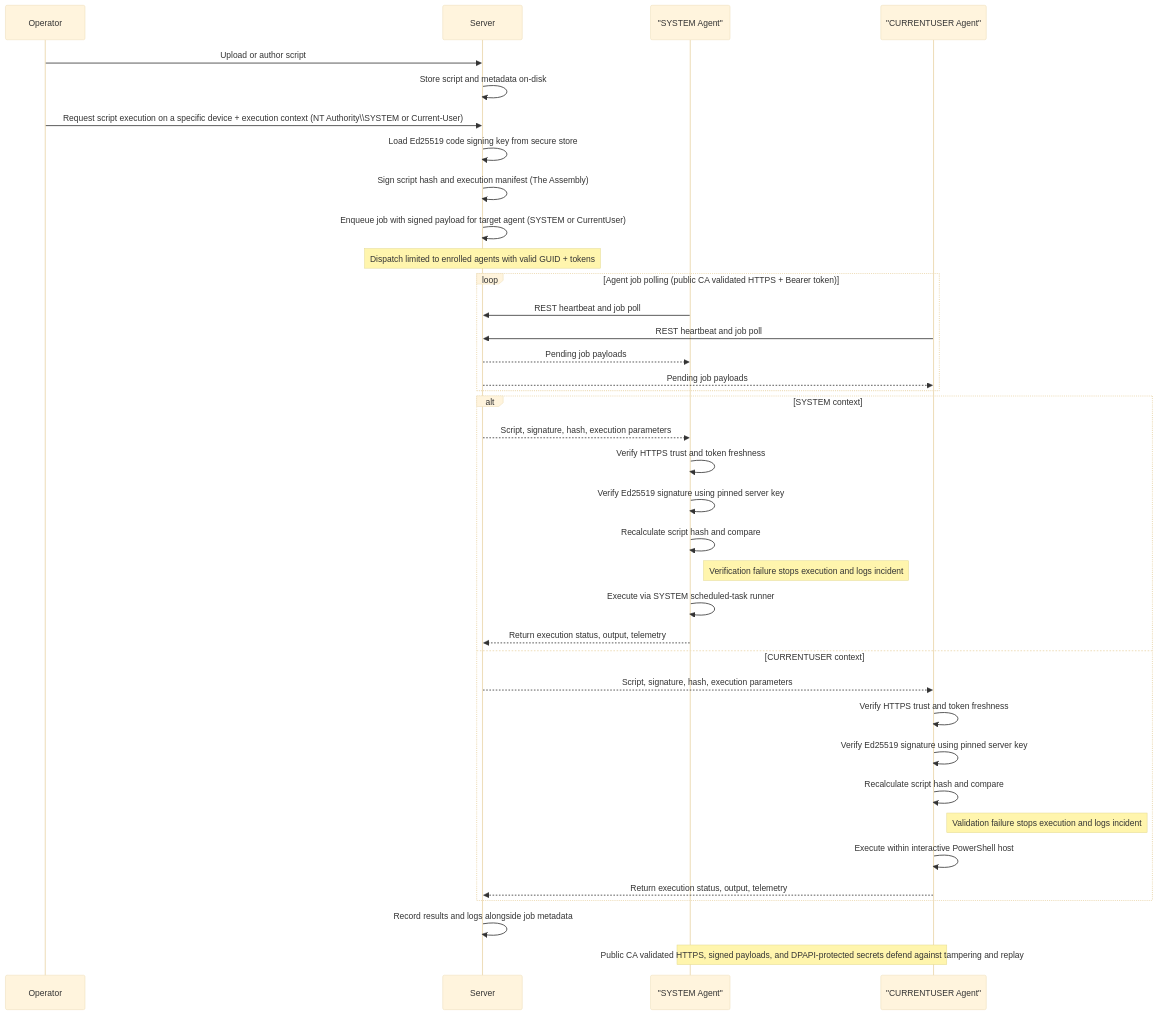
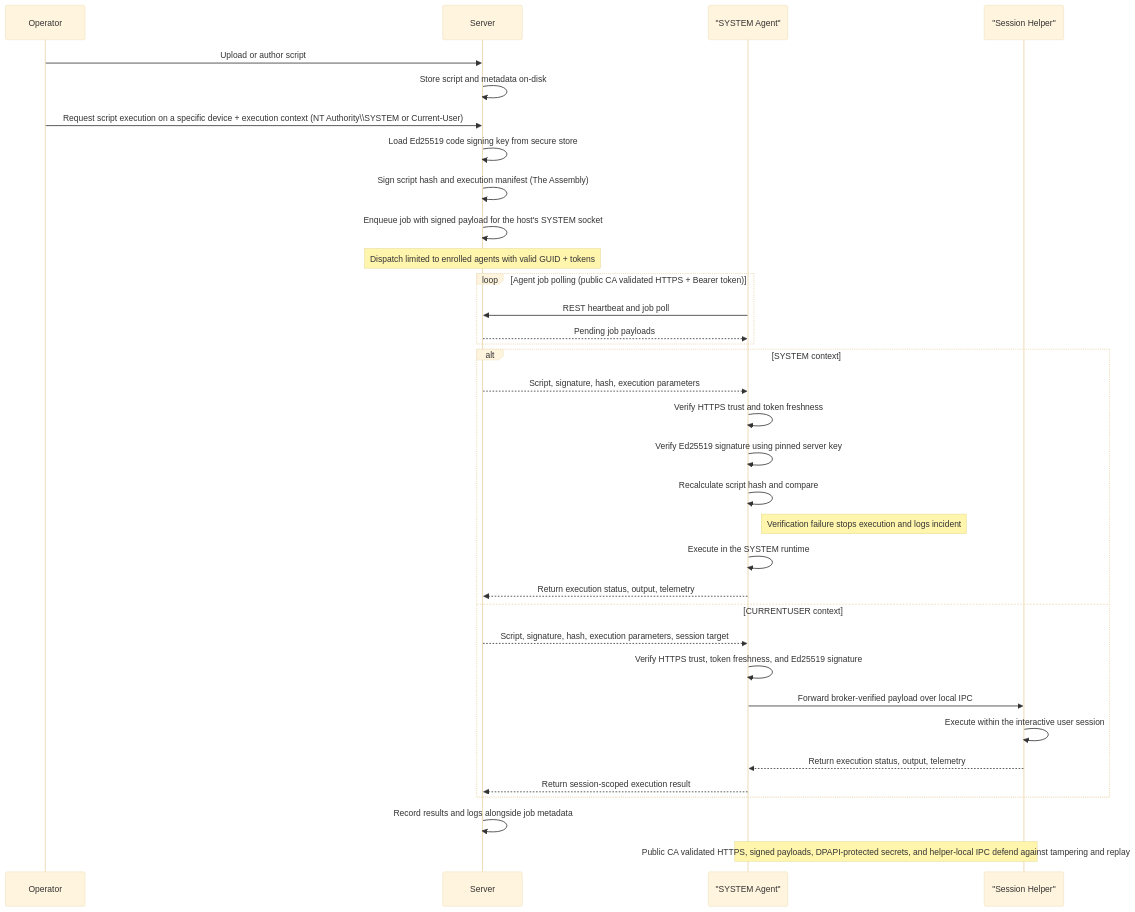
One commit to bunny-lab-io/Borealis changed the second of 2 diagrams in Docs/security-and-trust.md. Above: the diagram before and after it, drawn with Mermaid (base theme). The commit also changed other lines of this file and 34 other files, not shown here.

Commit message:
Agent Context Socket Consolidation

````diff
--- a/Docs/security-and-trust.md
+++ b/Docs/security-and-trust.md
@@ -153,45 +140,42 @@
 ```mermaid
 sequenceDiagram
     participant Operator
     participant Server
     participant SYS as "SYSTEM Agent"
-    participant CUR as "CURRENTUSER Agent"
+    participant HELPER as "Session Helper"
 
     Operator->>Server: Upload or author script
     Server->>Server: Store script and metadata on-disk
 
     Operator->>Server: Request script execution on a specific device + execution context (NT Authority\\SYSTEM or Current-User)
     Server->>Server: Load Ed25519 code signing key from secure store
     Server->>Server: Sign script hash and execution manifest (The Assembly)
 
-    Server->>Server: Enqueue job with signed payload for target agent (SYSTEM or CurrentUser)
+    Server->>Server: Enqueue job with signed payload for the host's SYSTEM socket
     Note over Server: Dispatch limited to enrolled agents with valid GUID + tokens
 
     loop Agent job polling (public CA validated HTTPS + Bearer token)
         SYS->>Server: REST heartbeat and job poll
-        CUR->>Server: REST heartbeat and job poll
         Server-->>SYS: Pending job payloads
-        Server-->>CUR: Pending job payloads
     end
 
     alt SYSTEM context
         Server-->>SYS: Script, signature, hash, execution parameters
         SYS->>SYS: Verify HTTPS trust and token freshness
         SYS->>SYS: Verify Ed25519 signature using pinned server key
         SYS->>SYS: Recalculate script hash and compare
         Note right of SYS: Verification failure stops execution and logs incident
-        SYS->>SYS: Execute via SYSTEM scheduled-task runner
+        SYS->>SYS: Execute in the SYSTEM runtime
         SYS-->>Server: Return execution status, output, telemetry
     else CURRENTUSER context
-        Server-->>CUR: Script, signature, hash, execution parameters
-        CUR->>CUR: Verify HTTPS trust and token freshness
-        CUR->>CUR: Verify Ed25519 signature using pinned server key
-        CUR->>CUR: Recalculate script hash and compare
-        Note right of CUR: Validation failure stops execution and logs incident
-        CUR->>CUR: Execute within interactive PowerShell host
-        CUR-->>Server: Return execution status, output, telemetry
+        Server-->>SYS: Script, signature, hash, execution parameters, session target
+        SYS->>SYS: Verify HTTPS trust, token freshness, and Ed25519 signature
+        SYS->>HELPER: Forward broker-verified payload over local IPC
+        HELPER->>HELPER: Execute within the interactive user session
+        HELPER-->>SYS: Return execution status, output, telemetry
+        SYS-->>Server: Return session-scoped execution result
     end
 
     Server->>Server: Record results and logs alongside job metadata
-    Note over SYS,CUR: Public CA validated HTTPS, signed payloads, and DPAPI-protected secrets defend against tampering and replay
+    Note over SYS,HELPER: Public CA validated HTTPS, signed payloads, DPAPI-protected secrets, and helper-local IPC defend against tampering and replay
 ```
````
